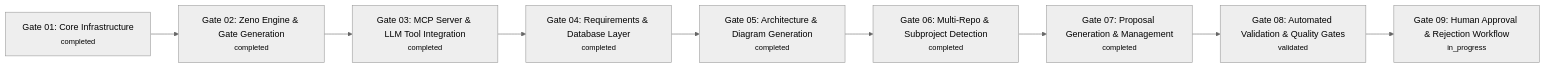
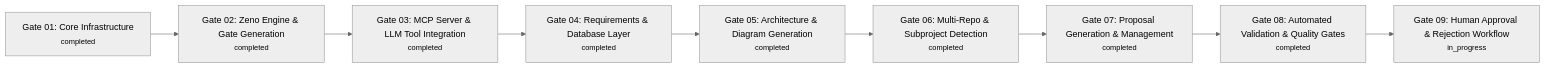
Before and after one commit to Duccci/Zenos-Planner: the diagram in zeno/architecture/gate-roadmap.md, drawn with Mermaid (neutral theme). The commit also changed 14 other files, not shown here.

````diff
--- a/zeno/architecture/gate-roadmap.md
+++ b/zeno/architecture/gate-roadmap.md
@@ -1,24 +1,24 @@
 ```mermaid
 graph LR
     G1["Gate 01: Core Infrastructure<br/><small>completed</small>"]
     G2["Gate 02: Zeno Engine & Gate Generation<br/><small>completed</small>"]
     G3["Gate 03: MCP Server & LLM Tool Integration<br/><small>completed</small>"]
     G4["Gate 04: Requirements & Database Layer<br/><small>completed</small>"]
     G5["Gate 05: Architecture & Diagram Generation<br/><small>completed</small>"]
     G6["Gate 06: Multi-Repo & Subproject Detection<br/><small>completed</small>"]
     G7["Gate 07: Proposal Generation & Management<br/><small>completed</small>"]
-    G8["Gate 08: Automated Validation & Quality Gates<br/><small>validated</small>"]
+    G8["Gate 08: Automated Validation & Quality Gates<br/><small>completed</small>"]
     G9["Gate 09: Human Approval & Rejection Workflow<br/><small>in_progress</small>"]
     G1 --> G2
     G2 --> G3
     G3 --> G4
     G4 --> G5
     G5 --> G6
     G6 --> G7
     G7 --> G8
     G8 --> G9
 
     classDef pending fill:#4A90E2,stroke:#2E5C8A,stroke-width:2px,color:#fff
     classDef in_progress fill:#FFC107,stroke:#F57F17,stroke-width:2px,color:#000
     classDef completed fill:#4CAF50,stroke:#2E7D32,stroke-width:2px,color:#fff
 ```
````
